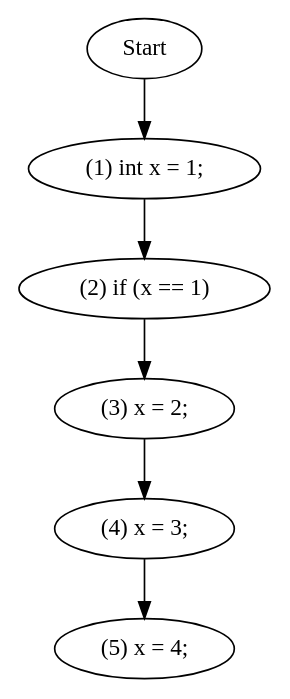
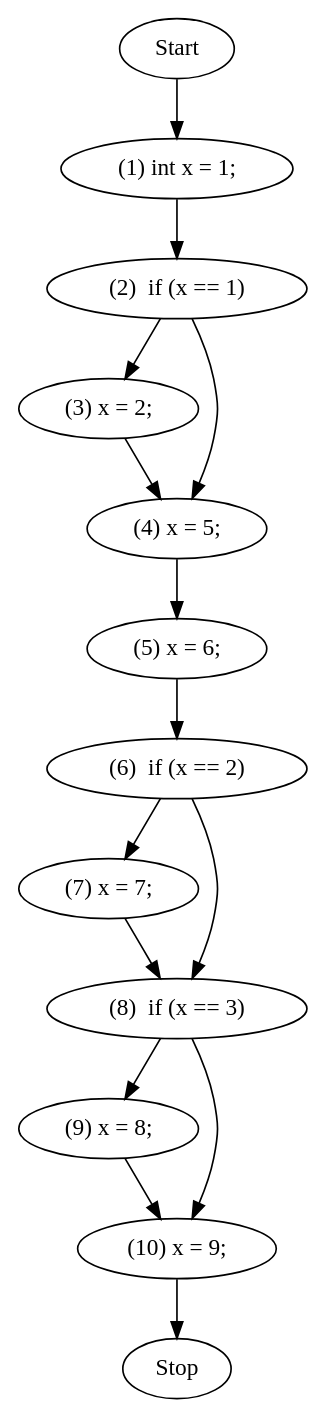
The diagram in dotsource.dot (darshok/ltd_project_2), drawn with Graphviz before and after one commit. The commit also changed 30 other files, not shown here.

```diff
--- a/dotsource.dot
+++ b/dotsource.dot
@@ -1,2 +1,2 @@
 digraph G {
-Start->"(1) int x = 1;";"(1) int x = 1;"->"(2) if (x == 1)";"(2) if (x == 1)"->"(3) x = 2;";"(3) x = 2;"->"(4) x = 3;";"(4) x = 3;"->"(5) x = 4;";}
+Start->"(1) int x = 1;";"(1) int x = 1;"->"(2)  if (x == 1)";"(2)  if (x == 1)"->"(3) x = 2;";"(3) x = 2;"->"(4) x = 5;";"(2)  if (x == 1)"->"(4) x = 5;";"(4) x = 5;"->"(5) x = 6;";"(5) x = 6;"->"(6)  if (x == 2)";"(6)  if (x == 2)"->"(7) x = 7;";"(6)  if (x == 2)"->"(8)  if (x == 3)";"(7) x = 7;"->"(8)  if (x == 3)";"(8)  if (x == 3)"->"(9) x = 8;";"(9) x = 8;"->"(10) x = 9;";"(8)  if (x == 3)"->"(10) x = 9;";"(10) x = 9;"-> Stop;}
```
